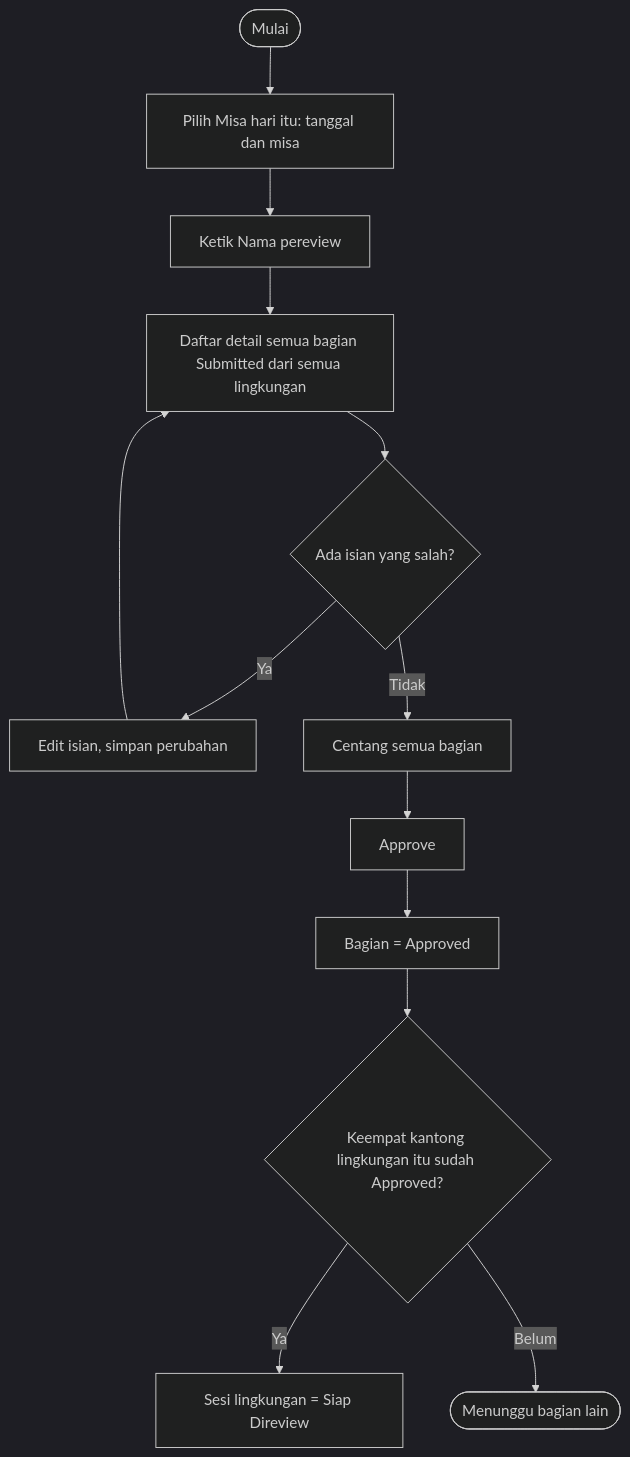
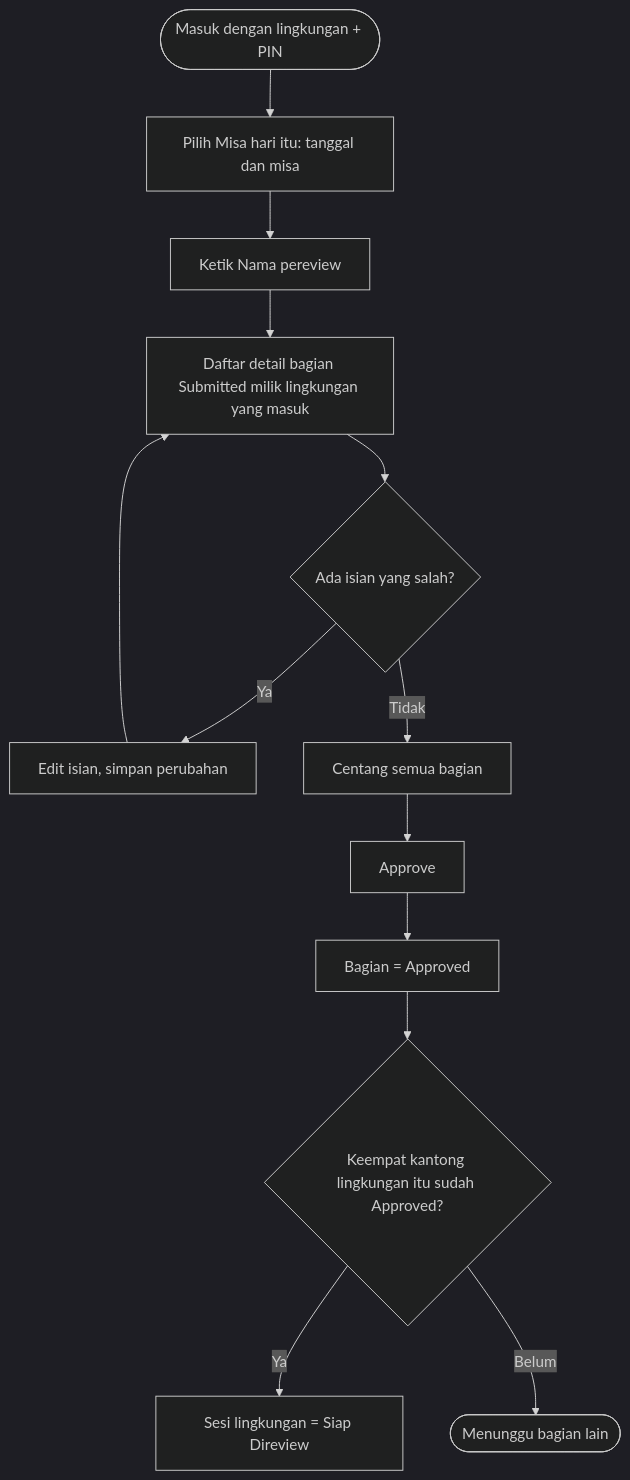
The third of 12 diagrams in docs/PRD_Sistem_Kolekte.md (vicaanne2014/kolekte.ygp), drawn with Mermaid (dark theme) before and after one commit. The commit also changed other lines of this file and 21 other files, not shown here.

First line of the commit message:
Login PWA lingkungan + PIN, Lingkungan jadi master CRUD, laporan per lingkungan

````diff
--- a/docs/PRD_Sistem_Kolekte.md
+++ b/docs/PRD_Sistem_Kolekte.md
@@ -165,15 +188,15 @@
 ```mermaid
 flowchart TD
-    A([Mulai]) --> B["Pilih Misa hari itu: tanggal dan misa"]
+    A([Masuk dengan lingkungan + PIN]) --> B["Pilih Misa hari itu: tanggal dan misa"]
     B --> C["Ketik Nama pereview"]
-    C --> D["Daftar detail semua bagian Submitted dari semua lingkungan"]
+    C --> D["Daftar detail bagian Submitted milik lingkungan yang masuk"]
     D --> E{"Ada isian yang salah?"}
     E -->|Ya| F["Edit isian, simpan perubahan"]
     F --> D
     E -->|Tidak| G["Centang semua bagian"]
     G --> H["Approve"]
     H --> I["Bagian = Approved"]
     I --> J{"Keempat kantong lingkungan itu sudah Approved?"}
     J -->|Ya| K["Sesi lingkungan = Siap Direview"]
     J -->|Belum| L([Menunggu bagian lain])
 ```
````
